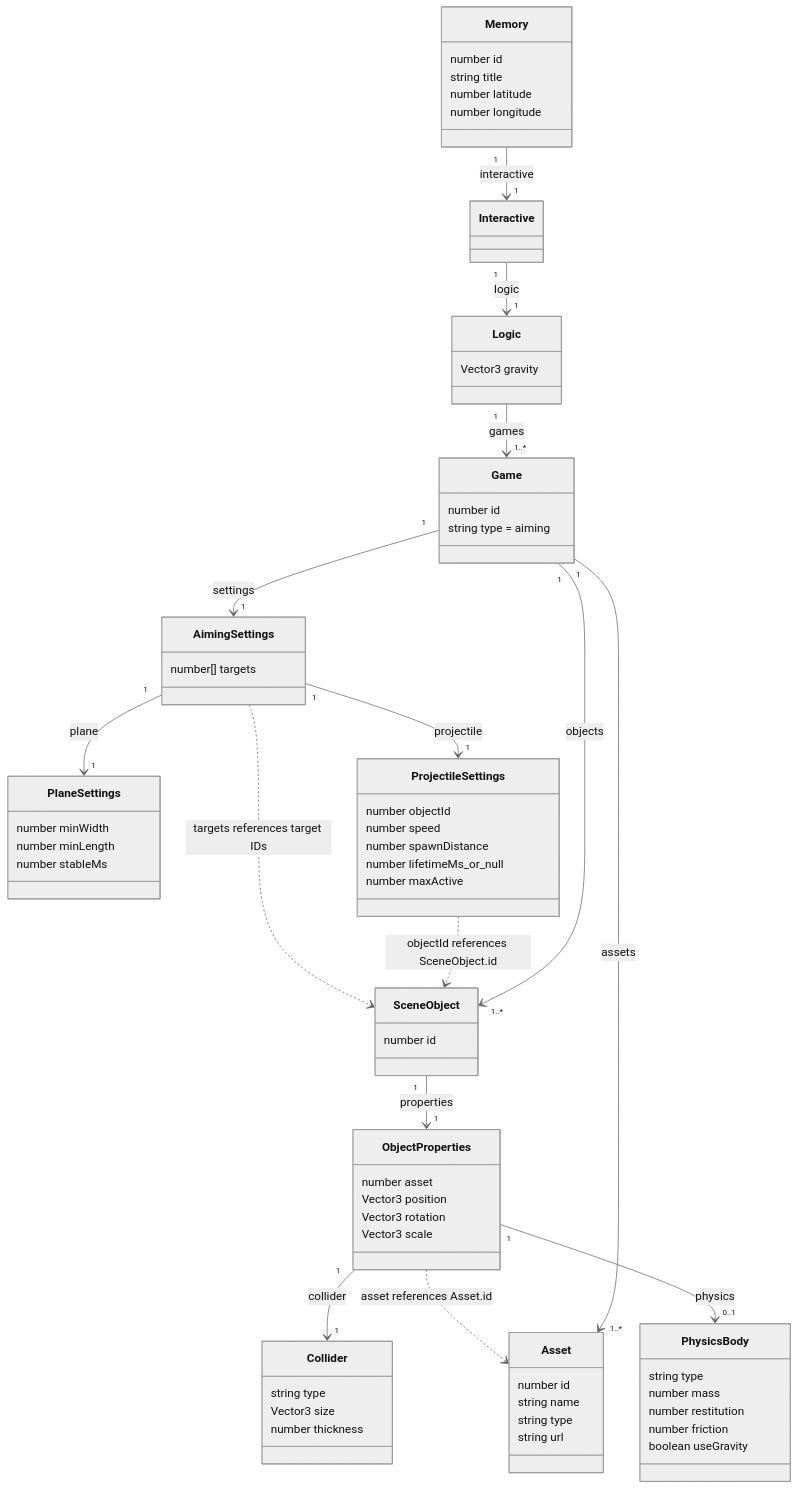
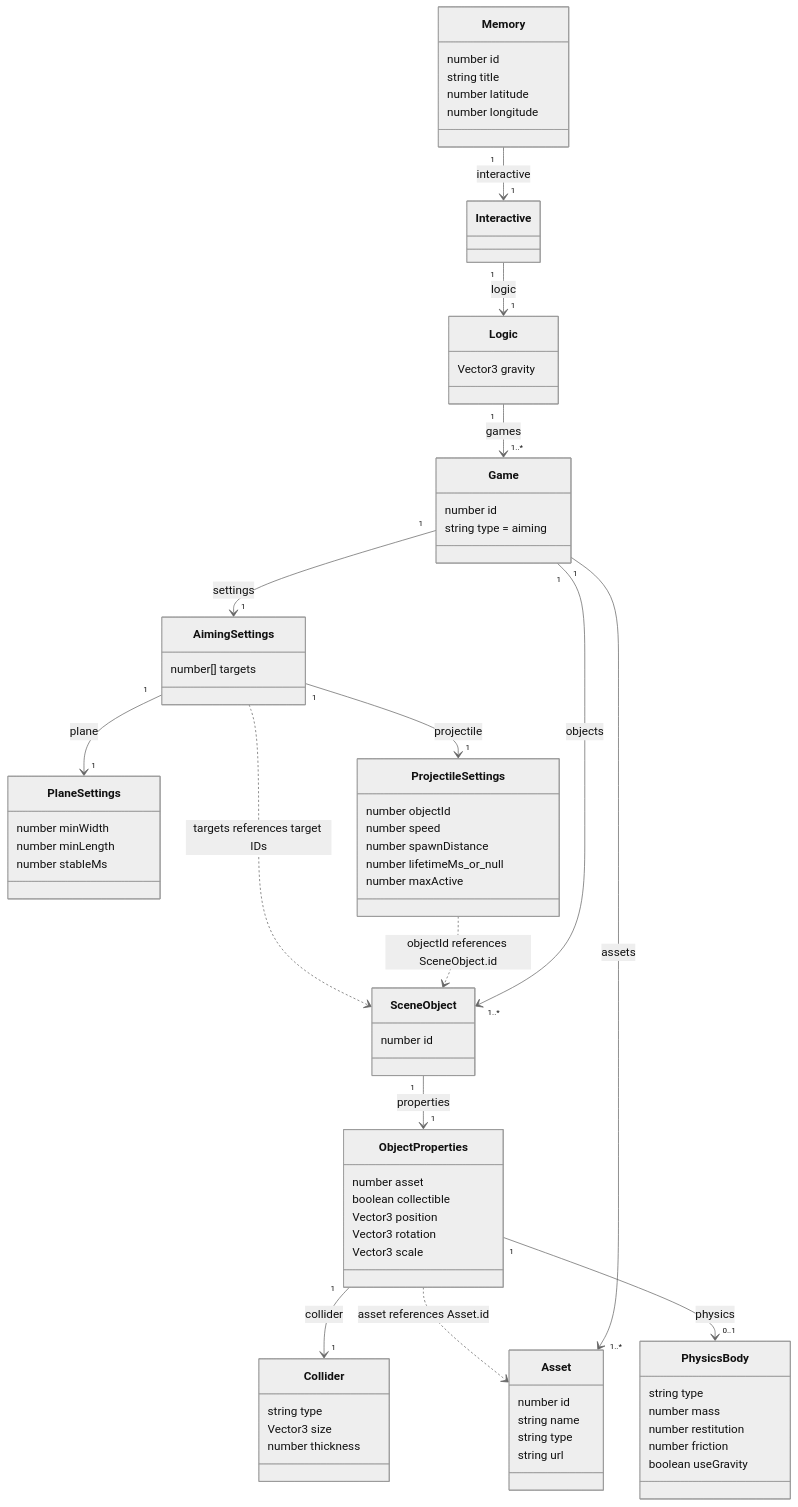
One commit to mystifiedmunchkin/echoes changed the second of 3 diagrams in docs/jeux-adresse.md. Above: the diagram before and after it, drawn with Mermaid (neutral theme). The commit also changed other lines of this file and 29 other files, not shown here.

````diff
--- a/docs/jeux-adresse.md
+++ b/docs/jeux-adresse.md
@@ -105,73 +147,74 @@
 ```mermaid
 classDiagram
     Memory "1" --> "1" Interactive : interactive
     Interactive "1" --> "1" Logic : logic
     Logic "1" --> "1..*" Game : games
     Game "1" --> "1..*" Asset : assets
     Game "1" --> "1..*" SceneObject : objects
     Game "1" --> "1" AimingSettings : settings
     AimingSettings "1" --> "1" PlaneSettings : plane
     AimingSettings "1" --> "1" ProjectileSettings : projectile
     SceneObject "1" --> "1" ObjectProperties : properties
     ObjectProperties "1" --> "1" Collider : collider
     ObjectProperties "1" --> "0..1" PhysicsBody : physics
     ObjectProperties ..> Asset : asset references Asset.id
     ProjectileSettings ..> SceneObject : objectId references SceneObject.id
     AimingSettings ..> SceneObject : targets references target IDs
 
     class Memory {
         number id
         string title
         number latitude
         number longitude
     }
     class Logic {
         Vector3 gravity
     }
     class Game {
         number id
         string type = aiming
     }
     class Asset {
         number id
         string name
         string type
         string url
     }
     class AimingSettings {
         number[] targets
     }
     class PlaneSettings {
         number minWidth
         number minLength
         number stableMs
     }
     class ProjectileSettings {
         number objectId
         number speed
         number spawnDistance
         number lifetimeMs_or_null
         number maxActive
     }
     class SceneObject {
         number id
     }
     class ObjectProperties {
         number asset
+        boolean collectible
         Vector3 position
         Vector3 rotation
         Vector3 scale
     }
     class Collider {
         string type
         Vector3 size
         number thickness
     }
     class PhysicsBody {
         string type
         number mass
         number restitution
         number friction
         boolean useGravity
     }
 ```
````
